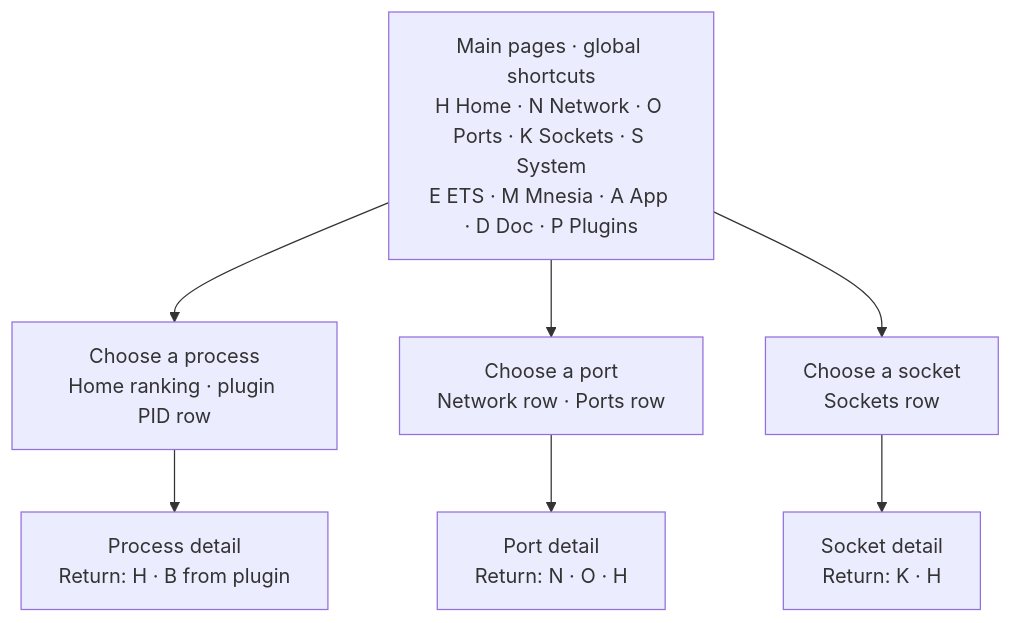
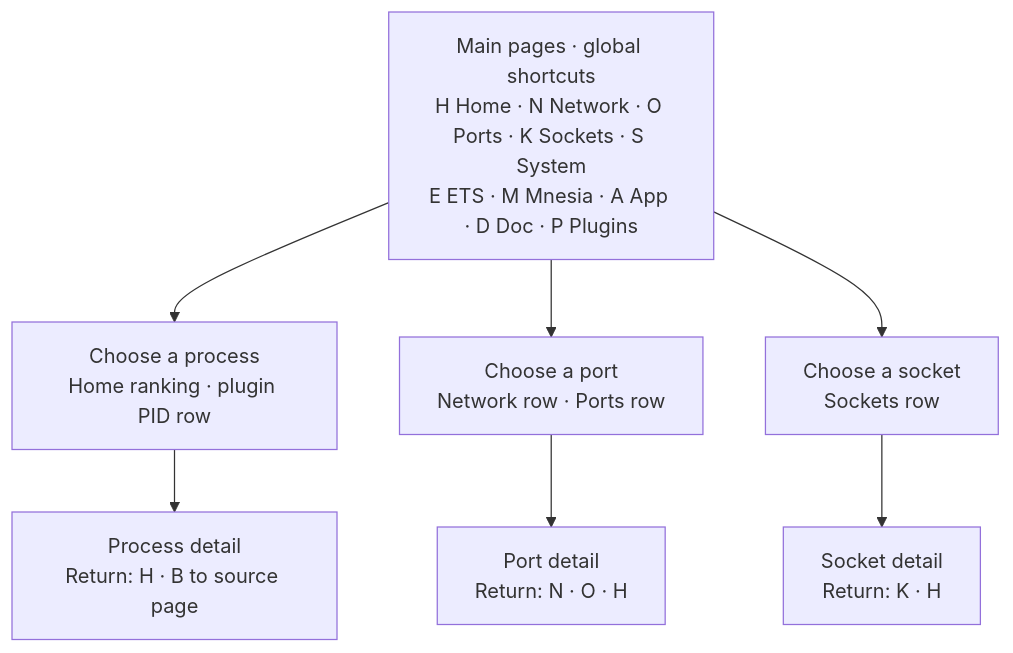
One commit to zhongwencool/observer_cli changed the diagram in docs/reference/tui.md. Above: the diagram before and after it, drawn with Mermaid. The commit also changed other lines of this file and 6 other files, not shown here.

````diff
--- a/docs/reference/tui.md
+++ b/docs/reference/tui.md
@@ -55,16 +64,16 @@
 ```mermaid
 flowchart TB
     NAV["Main pages · global shortcuts<br/>H Home · N Network · O Ports · K Sockets · S System<br/>E ETS · M Mnesia · A App · D Doc · P Plugins"]
 
     PICK_PROCESS["Choose a process<br/>Home ranking · plugin PID row"]
     PICK_PORT["Choose a port<br/>Network row · Ports row"]
     PICK_SOCKET["Choose a socket<br/>Sockets row"]
 
-    PROCESS["Process detail<br/>Return: H · B from plugin"]
+    PROCESS["Process detail<br/>Return: H · B to source page"]
     PORT["Port detail<br/>Return: N · O · H"]
     SOCKET["Socket detail<br/>Return: K · H"]
 
     NAV --> PICK_PROCESS --> PROCESS
     NAV --> PICK_PORT --> PORT
     NAV --> PICK_SOCKET --> SOCKET
 ```
````
